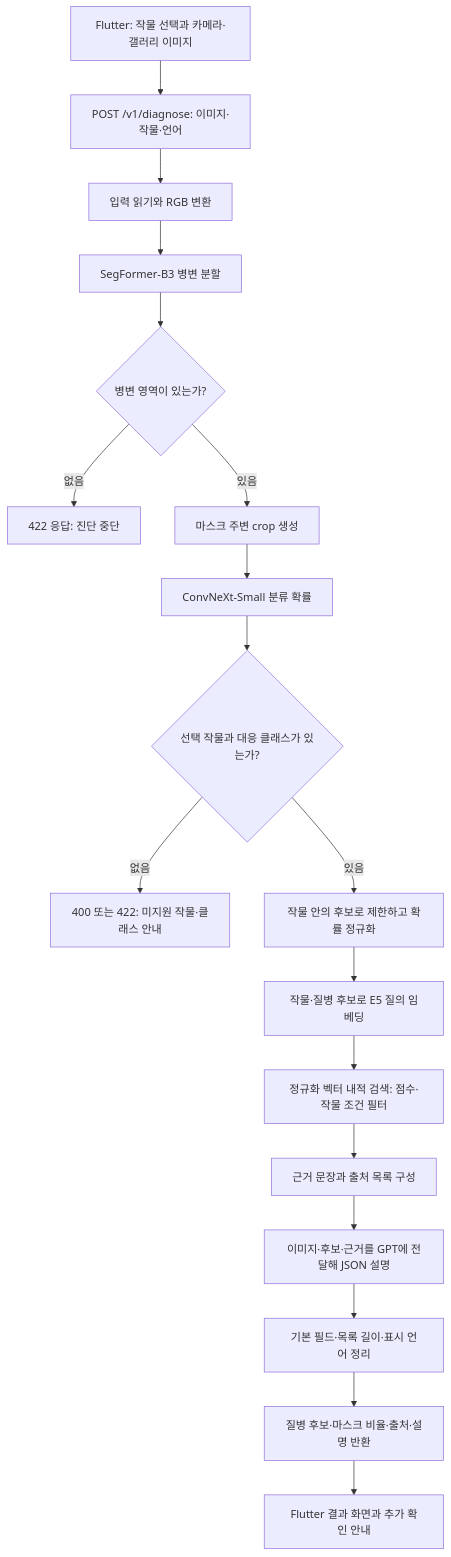
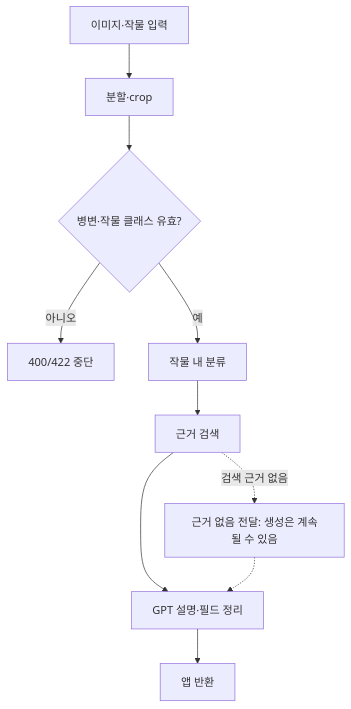
One commit to Engineer3rd-Class-Kimmin/Plant_Doctor changed the third of 3 diagrams in README.md. Above: the diagram before and after it, drawn with Mermaid. The commit also changed other lines of this file and 2 other files, not shown here.

Commit message:
docs: explain project flow and verification evidence (ai-assisted)

````diff
--- a/README.md
+++ b/README.md
@@ -15,20 +70,8 @@
 ```mermaid
-flowchart TD
-    A["Flutter: 작물 선택과 카메라·갤러리 이미지"] --> B["POST /v1/diagnose: 이미지·작물·언어"]
-    B --> C["입력 읽기와 RGB 변환"]
-    C --> D["SegFormer-B3 병변 분할"]
-    D --> E{"병변 영역이 있는가?"}
-    E -->|없음| X["422 응답: 진단 중단"]
-    E -->|있음| F["마스크 주변 crop 생성"]
-    F --> G["ConvNeXt-Small 분류 확률"]
-    G --> H{"선택 작물과 대응 클래스가 있는가?"}
-    H -->|없음| Y["400 또는 422: 미지원 작물·클래스 안내"]
-    H -->|있음| I["작물 안의 후보로 제한하고 확률 정규화"]
-    I --> J["작물·질병 후보로 E5 질의 임베딩"]
-    J --> K["정규화 벡터 내적 검색: 점수·작물 조건 필터"]
-    K --> L["근거 문장과 출처 목록 구성"]
-    L --> M["이미지·후보·근거를 GPT에 전달해 JSON 설명"]
-    M --> N["기본 필드·목록 길이·표시 언어 정리"]
-    N --> O["질병 후보·마스크 비율·출처·설명 반환"]
-    O --> P["Flutter 결과 화면과 추가 확인 안내"]
+flowchart TB
+ A["이미지·작물 입력"] --> B["분할·crop"] --> C{"병변·작물 클래스 유효?"}
+ C -->|아니오| X["400/422 중단"]
+ C -->|예| D["작물 내 분류"] --> E["근거 검색"] --> F["GPT 설명·필드 정리"] --> G["앱 반환"]
+ E -.->|검색 근거 없음| H["근거 없음 전달: 생성은 계속될 수 있음"]
+ H -.-> F
 ```
````
